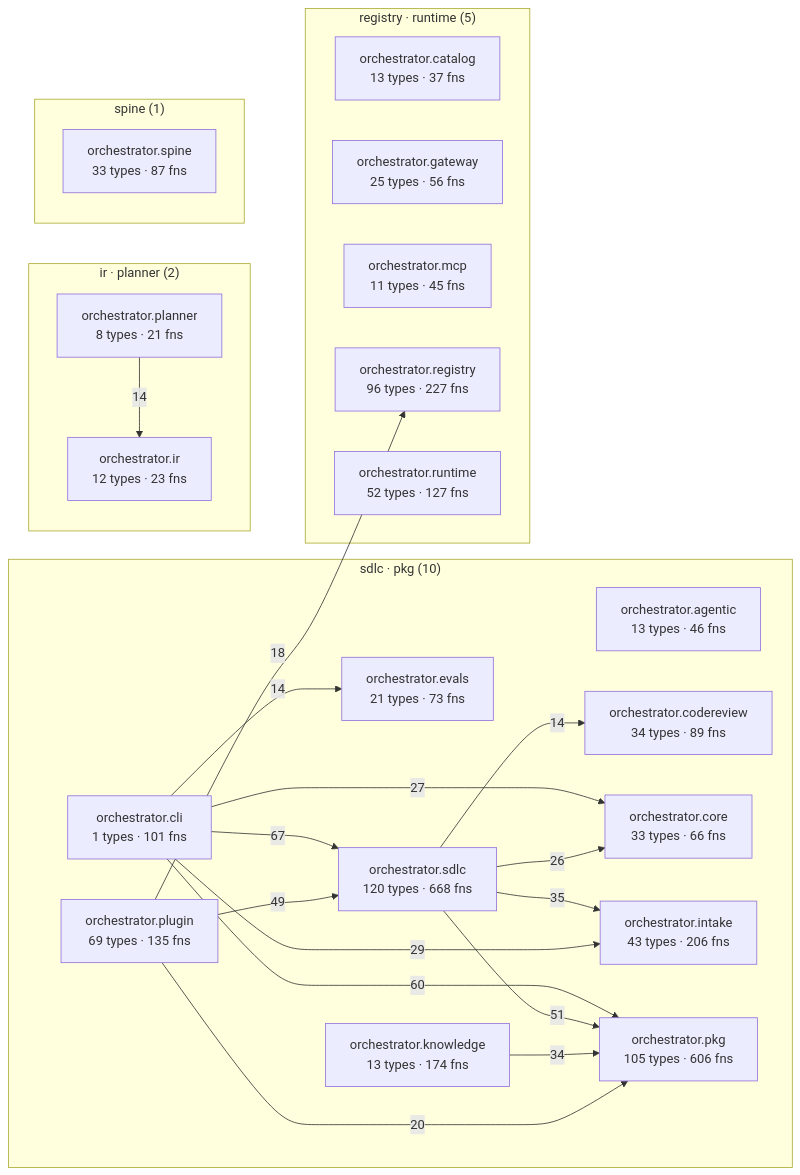
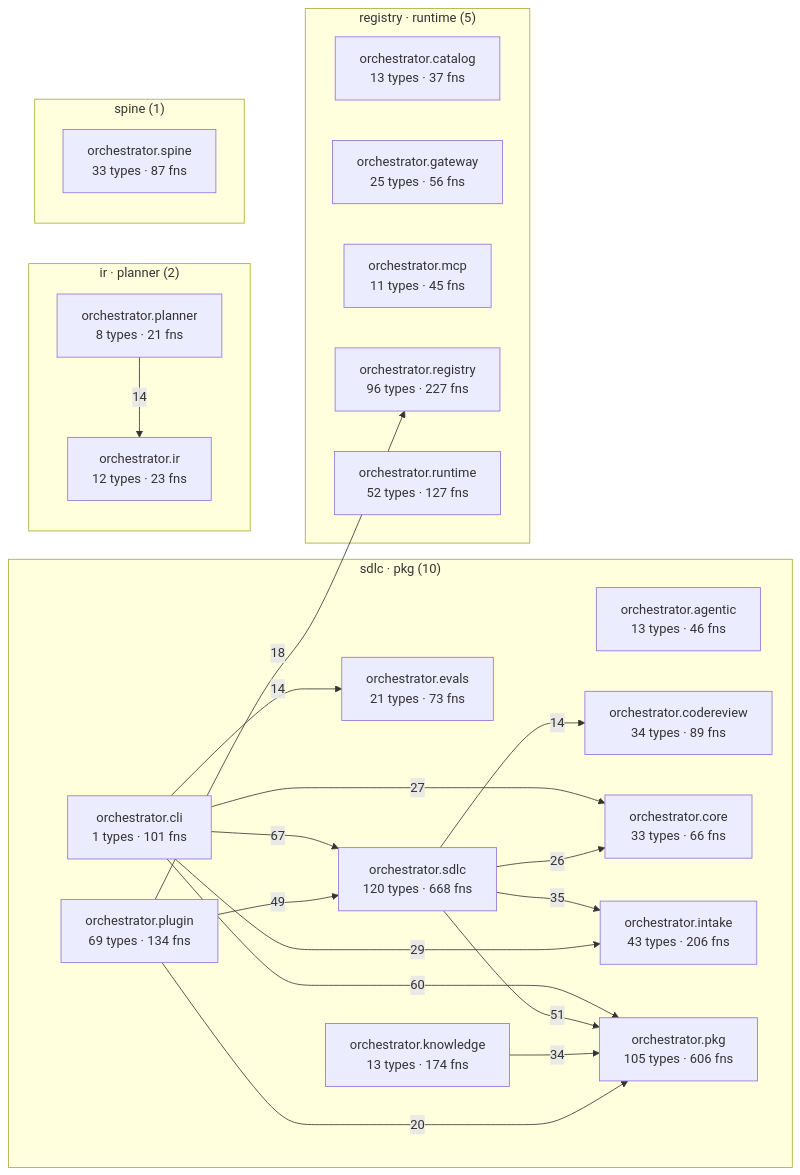
Before and after one commit to synaptixs/spine: the diagram in episteme/architecture.md, drawn with Mermaid. The commit also changed other lines of this file and 5 other files, not shown here.

````diff
--- a/episteme/architecture.md
+++ b/episteme/architecture.md
@@ -54,43 +54,43 @@
 ```mermaid
 flowchart LR
   subgraph c_2["sdlc · pkg (10)"]
     aorchestratoragentic["orchestrator.agentic<br/>13 types · 46 fns"]
     aorchestratorcli["orchestrator.cli<br/>1 types · 101 fns"]
     aorchestratorcodereview["orchestrator.codereview<br/>34 types · 89 fns"]
     aorchestratorcore["orchestrator.core<br/>33 types · 66 fns"]
     aorchestratorevals["orchestrator.evals<br/>21 types · 73 fns"]
     aorchestratorintake["orchestrator.intake<br/>43 types · 206 fns"]
     aorchestratorknowledge["orchestrator.knowledge<br/>13 types · 174 fns"]
     aorchestratorpkg["orchestrator.pkg<br/>105 types · 606 fns"]
-    aorchestratorplugin["orchestrator.plugin<br/>69 types · 135 fns"]
+    aorchestratorplugin["orchestrator.plugin<br/>69 types · 134 fns"]
     aorchestratorsdlc["orchestrator.sdlc<br/>120 types · 668 fns"]
   end
   subgraph c_4["registry · runtime (5)"]
     aorchestratorcatalog["orchestrator.catalog<br/>13 types · 37 fns"]
     aorchestratorgateway["orchestrator.gateway<br/>25 types · 56 fns"]
     aorchestratormcp["orchestrator.mcp<br/>11 types · 45 fns"]
     aorchestratorregistry["orchestrator.registry<br/>96 types · 227 fns"]
     aorchestratorruntime["orchestrator.runtime<br/>52 types · 127 fns"]
   end
   subgraph c_7["ir · planner (2)"]
     aorchestratorir["orchestrator.ir<br/>12 types · 23 fns"]
     aorchestratorplanner["orchestrator.planner<br/>8 types · 21 fns"]
   end
   subgraph c_12["spine (1)"]
     aorchestratorspine["orchestrator.spine<br/>33 types · 87 fns"]
   end
   aorchestratorcli -->|67| aorchestratorsdlc
   aorchestratorcli -->|60| aorchestratorpkg
   aorchestratorsdlc -->|51| aorchestratorpkg
   aorchestratorplugin -->|49| aorchestratorsdlc
   aorchestratorsdlc -->|35| aorchestratorintake
   aorchestratorknowledge -->|34| aorchestratorpkg
   aorchestratorcli -->|29| aorchestratorintake
   aorchestratorcli -->|27| aorchestratorcore
   aorchestratorsdlc -->|26| aorchestratorcore
   aorchestratorplugin -->|20| aorchestratorpkg
   aorchestratorplugin -->|18| aorchestratorregistry
   aorchestratorcli -->|14| aorchestratorevals
   aorchestratorplanner -->|14| aorchestratorir
   aorchestratorsdlc -->|14| aorchestratorcodereview
 ```
````
